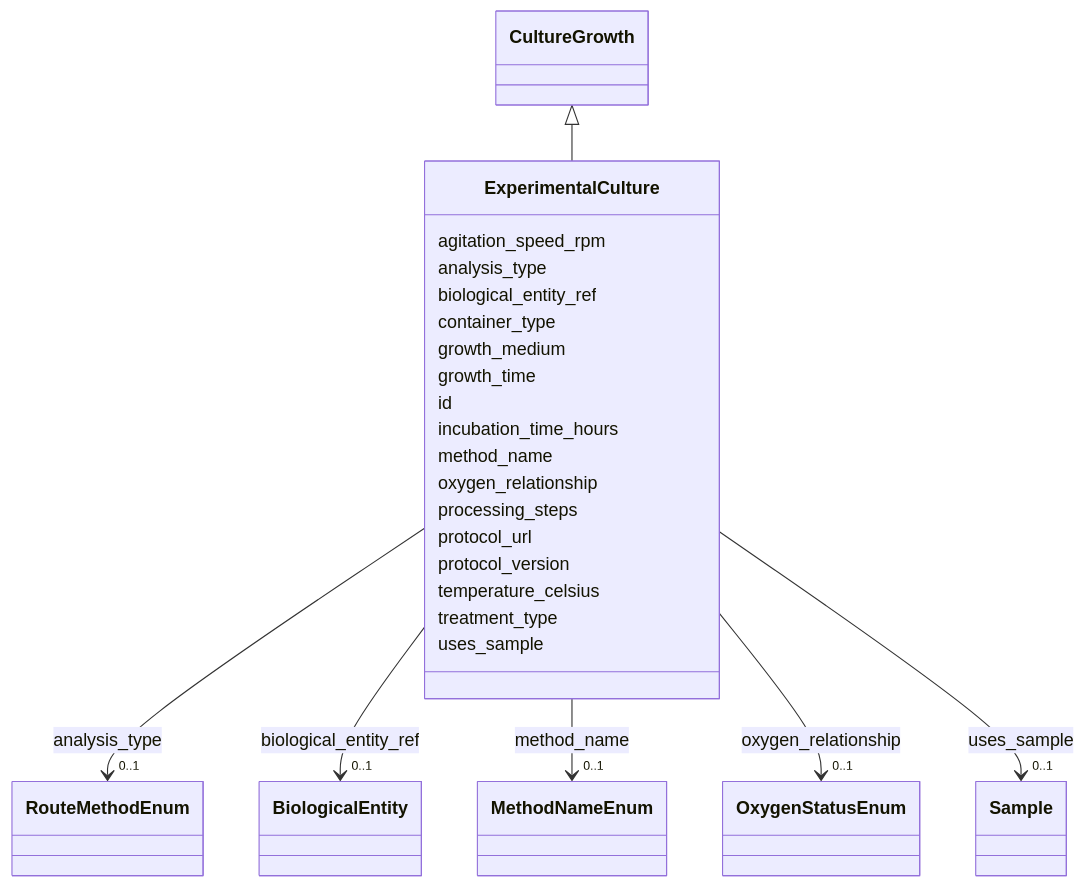
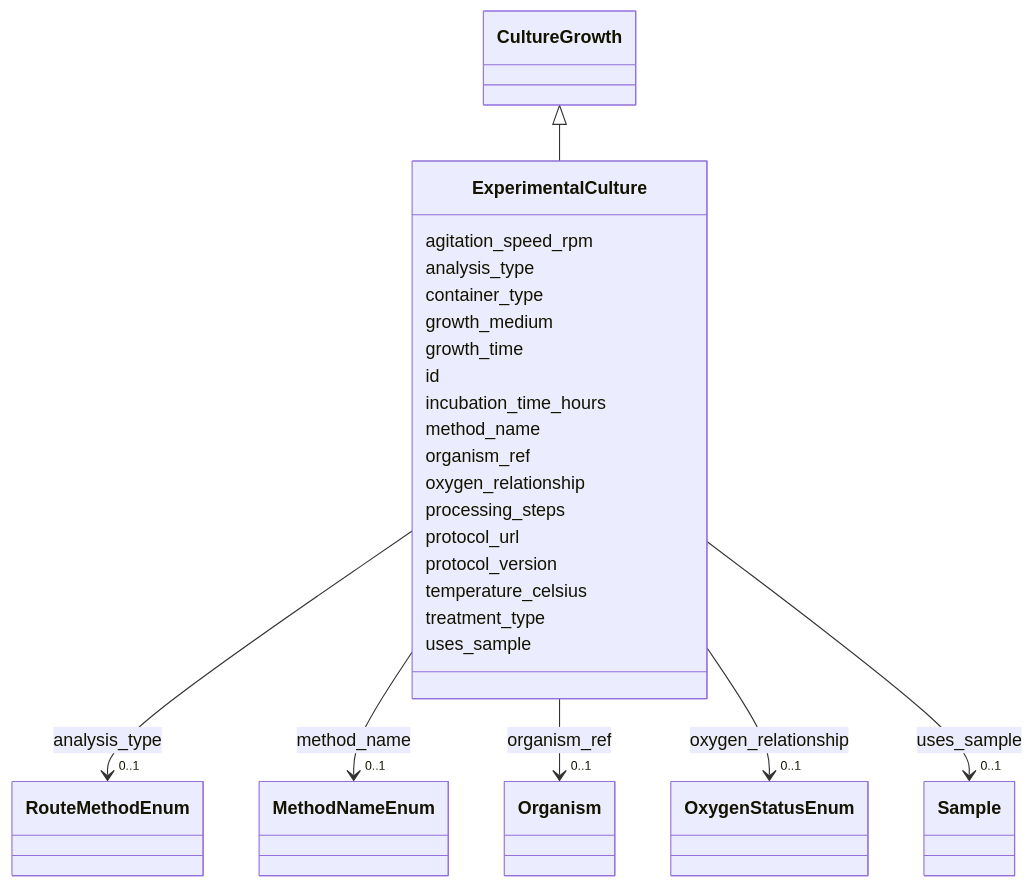
Before and after one commit to EMSL-Computing/BASALT-Schema: the diagram in docs/elements/ExperimentalCulture.md, drawn with Mermaid. The commit also changed other lines of this file and 167 other files, not shown here.

Commit message:
refactor 'biological_entity' to 'organism' and regen visualizer, models, docs

````diff
--- a/docs/elements/ExperimentalCulture.md
+++ b/docs/elements/ExperimentalCulture.md
@@ -28,86 +28,86 @@
 ```mermaid
  classDiagram
     class ExperimentalCulture
     click ExperimentalCulture href "../ExperimentalCulture/"
       CultureGrowth <|-- ExperimentalCulture
         click CultureGrowth href "../CultureGrowth/"
       
       ExperimentalCulture : agitation_speed_rpm
         
       ExperimentalCulture : analysis_type
         
           
     
         
         
         ExperimentalCulture --> "0..1" RouteMethodEnum : analysis_type
         click RouteMethodEnum href "../RouteMethodEnum/"
-    
-
-        
-      ExperimentalCulture : biological_entity_ref
-        
-          
-    
-        
-        
-        ExperimentalCulture --> "0..1" BiologicalEntity : biological_entity_ref
-        click BiologicalEntity href "../BiologicalEntity/"
     
 
         
       ExperimentalCulture : container_type
         
       ExperimentalCulture : growth_medium
         
       ExperimentalCulture : growth_time
         
       ExperimentalCulture : id
         
       ExperimentalCulture : incubation_time_hours
         
       ExperimentalCulture : method_name
         
           
     
         
         
         ExperimentalCulture --> "0..1" MethodNameEnum : method_name
         click MethodNameEnum href "../MethodNameEnum/"
+    
+
+        
+      ExperimentalCulture : organism_ref
+        
+          
+    
+        
+        
+        ExperimentalCulture --> "0..1" Organism : organism_ref
+        click Organism href "../Organism/"
     
 
         
       ExperimentalCulture : oxygen_relationship
         
           
     
         
         
         ExperimentalCulture --> "0..1" OxygenStatusEnum : oxygen_relationship
         click OxygenStatusEnum href "../OxygenStatusEnum/"
     
 
         
       ExperimentalCulture : processing_steps
         
       ExperimentalCulture : protocol_url
         
       ExperimentalCulture : protocol_version
         
       ExperimentalCulture : temperature_celsius
         
       ExperimentalCulture : treatment_type
         
       ExperimentalCulture : uses_sample
         
           
     
         
         
         ExperimentalCulture --> "0..1" Sample : uses_sample
         click Sample href "../Sample/"
     
 
         
       
 ```
````
